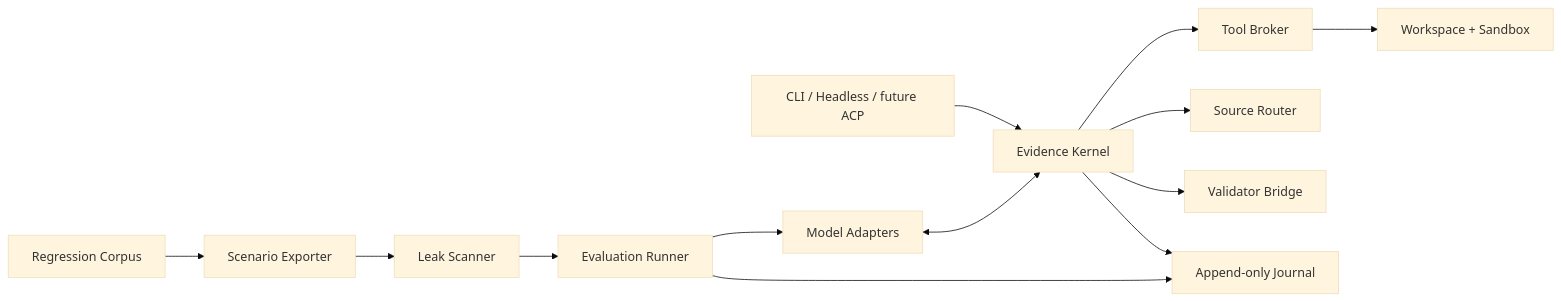
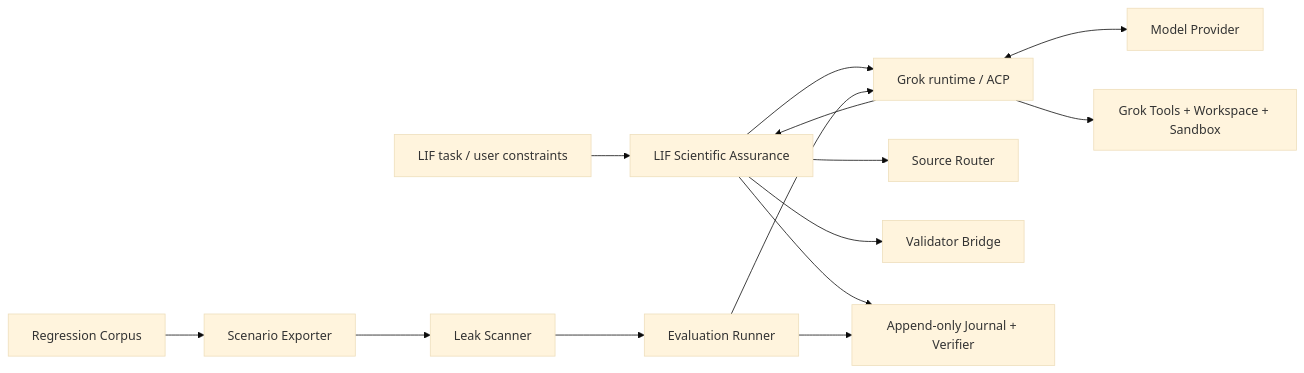
One commit to SilverWhite/orz changed the diagram in architecture/GROK_BUILD_ADAPTATION_v0.1.md. Above: the diagram before and after it, drawn with Mermaid (base theme). The commit also changed other lines of this file and 5 other files, not shown here.

Commit message:
docs(architecture): clarify LIF assurance positioning

````diff
--- a/architecture/GROK_BUILD_ADAPTATION_v0.1.md
+++ b/architecture/GROK_BUILD_ADAPTATION_v0.1.md
@@ -79,15 +86,16 @@
 ```mermaid
 flowchart LR
-    UI["CLI / Headless / future ACP"] --> K["Evidence Kernel"]
-    A["Model Adapters"] <--> K
-    K --> T["Tool Broker"]
-    T --> W["Workspace + Sandbox"]
-    K --> R["Source Router"]
-    K --> V["Validator Bridge"]
-    K --> J["Append-only Journal"]
+    U["LIF task / user constraints"] --> S["LIF Scientific Assurance"]
+    S --> G["Grok runtime / ACP"]
+    G <--> A["Model Provider"]
+    G --> T["Grok Tools + Workspace + Sandbox"]
+    G --> S
+    S --> R["Source Router"]
+    S --> V["Validator Bridge"]
+    S --> J["Append-only Journal + Verifier"]
     C["Regression Corpus"] --> X["Scenario Exporter"]
     X --> L["Leak Scanner"]
     L --> E["Evaluation Runner"]
-    E --> A
+    E --> G
     E --> J
 ```
````
